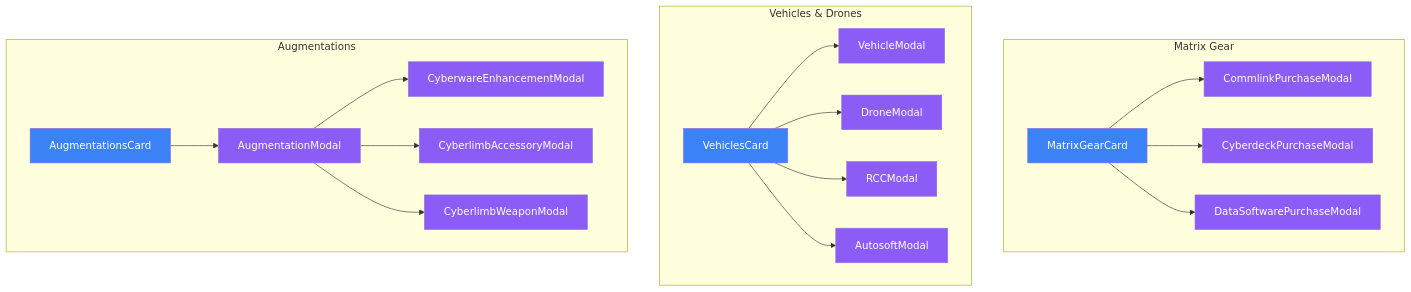
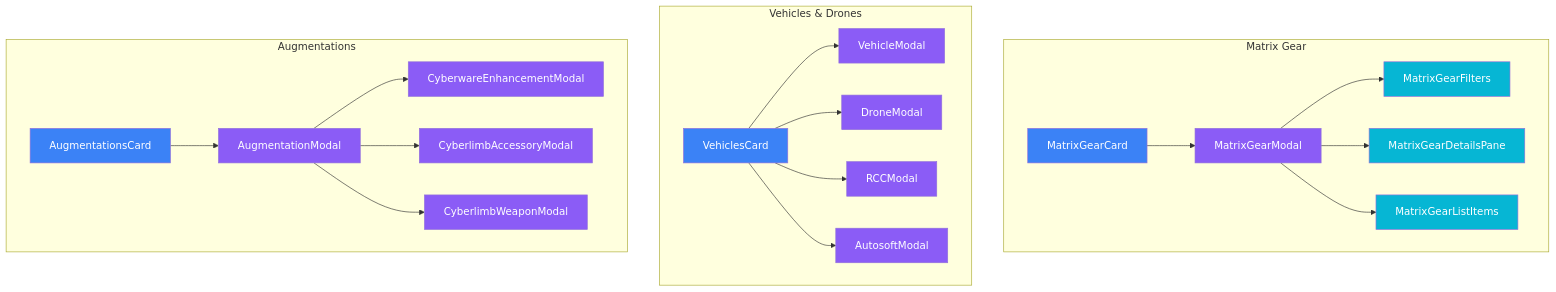
The diagram in docs/architecture/creation-components/06-matrix-vehicles.md (Jasrags/ShadowMaster), drawn with Mermaid before and after one commit. The commit also changed other lines of this file and 7 other files, not shown here.

First line of the commit message:
refactor(creation): Extract MatrixGearModal sub-components (#301)

````diff
--- a/docs/architecture/creation-components/06-matrix-vehicles.md
+++ b/docs/architecture/creation-components/06-matrix-vehicles.md
@@ -7,54 +7,57 @@
 ```mermaid
 graph TD
     subgraph "Matrix Gear"
         MatrixGearCard[MatrixGearCard]
-        CommlinkPurchaseModal[CommlinkPurchaseModal]
-        CyberdeckPurchaseModal[CyberdeckPurchaseModal]
-        DataSoftwarePurchaseModal[DataSoftwarePurchaseModal]
+        MatrixGearModal[MatrixGearModal]
+        MatrixGearFilters[MatrixGearFilters]
+        MatrixGearDetailsPane[MatrixGearDetailsPane]
+        MatrixGearListItems[MatrixGearListItems]
 
-        MatrixGearCard --> CommlinkPurchaseModal
-        MatrixGearCard --> CyberdeckPurchaseModal
-        MatrixGearCard --> DataSoftwarePurchaseModal
+        MatrixGearCard --> MatrixGearModal
+        MatrixGearModal --> MatrixGearFilters
+        MatrixGearModal --> MatrixGearDetailsPane
+        MatrixGearModal --> MatrixGearListItems
     end
 
     subgraph "Vehicles & Drones"
         VehiclesCard[VehiclesCard]
         VehicleModal[VehicleModal]
         DroneModal[DroneModal]
         RCCModal[RCCModal]
         AutosoftModal[AutosoftModal]
 
         VehiclesCard --> VehicleModal
         VehiclesCard --> DroneModal
         VehiclesCard --> RCCModal
         VehiclesCard --> AutosoftModal
     end
 
     subgraph "Augmentations"
         AugmentationsCard[AugmentationsCard]
         AugmentationModal[AugmentationModal]
         CyberwareEnhancementModal[CyberwareEnhancementModal]
         CyberlimbAccessoryModal[CyberlimbAccessoryModal]
         CyberlimbWeaponModal[CyberlimbWeaponModal]
 
         AugmentationsCard --> AugmentationModal
         AugmentationModal --> CyberwareEnhancementModal
         AugmentationModal --> CyberlimbAccessoryModal
         AugmentationModal --> CyberlimbWeaponModal
     end
 
     style MatrixGearCard fill:#3b82f6,color:#fff
-    style CommlinkPurchaseModal fill:#8b5cf6,color:#fff
-    style CyberdeckPurchaseModal fill:#8b5cf6,color:#fff
-    style DataSoftwarePurchaseModal fill:#8b5cf6,color:#fff
+    style MatrixGearModal fill:#8b5cf6,color:#fff
+    style MatrixGearFilters fill:#06b6d4,color:#fff
+    style MatrixGearDetailsPane fill:#06b6d4,color:#fff
+    style MatrixGearListItems fill:#06b6d4,color:#fff
     style VehiclesCard fill:#3b82f6,color:#fff
     style VehicleModal fill:#8b5cf6,color:#fff
     style DroneModal fill:#8b5cf6,color:#fff
     style RCCModal fill:#8b5cf6,color:#fff
     style AutosoftModal fill:#8b5cf6,color:#fff
     style AugmentationsCard fill:#3b82f6,color:#fff
     style AugmentationModal fill:#8b5cf6,color:#fff
     style CyberwareEnhancementModal fill:#8b5cf6,color:#fff
     style CyberlimbAccessoryModal fill:#8b5cf6,color:#fff
     style CyberlimbWeaponModal fill:#8b5cf6,color:#fff
 ```
````
